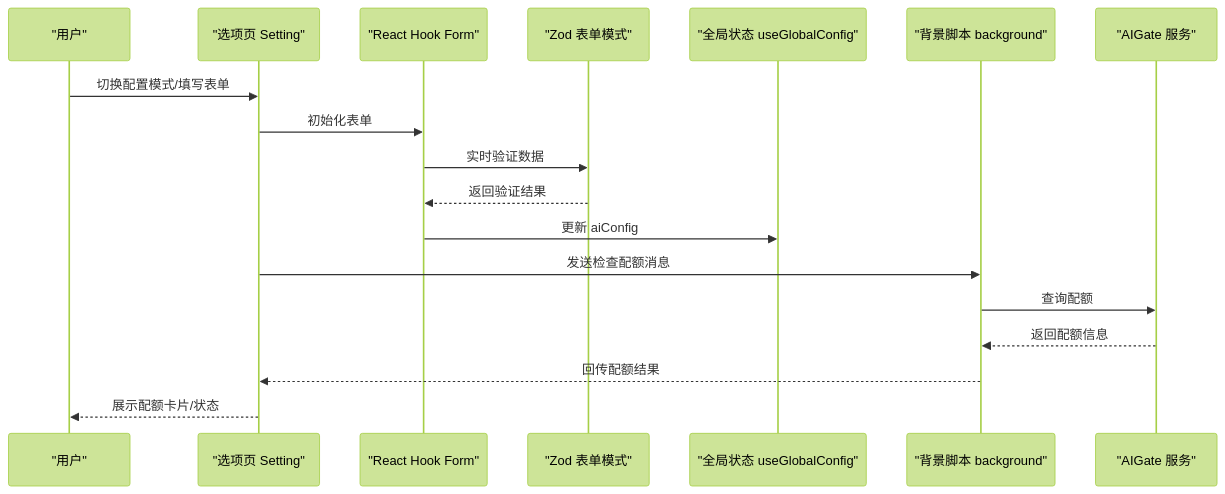
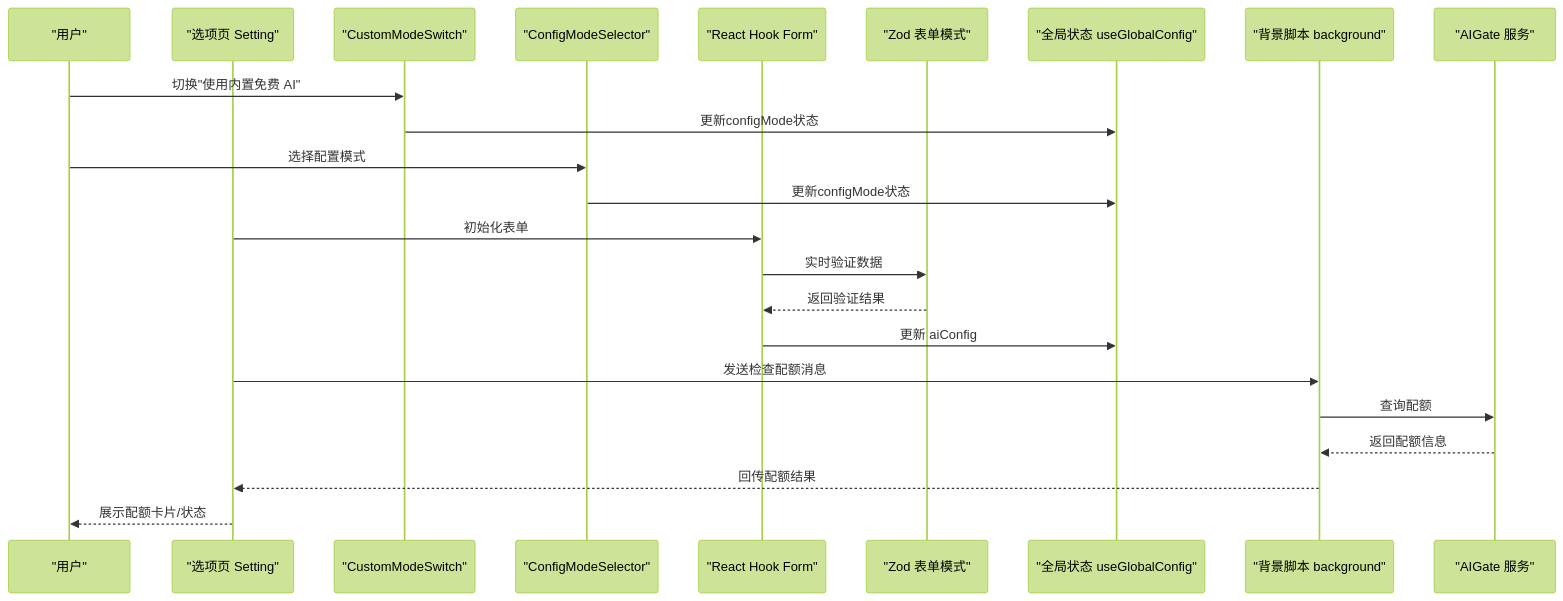
The second of 8 diagrams in .qoder/repowiki/zh/content/核心功能模块/配置管理系统.md (RadiumAg/bilibili-favorites), drawn with Mermaid (forest theme) before and after one commit. The commit also changed other lines of this file and 5 other files, not shown here.

````diff
--- a/.qoder/repowiki/zh/content/核心功能模块/配置管理系统.md
+++ b/.qoder/repowiki/zh/content/核心功能模块/配置管理系统.md
@@ -126,20 +133,25 @@
 ```mermaid
 sequenceDiagram
 participant User as "用户"
 participant Options as "选项页 Setting"
+participant CustomModeSwitch as "CustomModeSwitch"
+participant ConfigMode as "ConfigModeSelector"
 participant Form as "React Hook Form"
 participant Schema as "Zod 表单模式"
 participant Store as "全局状态 useGlobalConfig"
 participant BG as "背景脚本 background"
 participant AIGate as "AIGate 服务"
-User->>Options : 切换配置模式/填写表单
+User->>CustomModeSwitch : 切换"使用内置免费 AI"
+CustomModeSwitch->>Store : 更新configMode状态
+User->>ConfigMode : 选择配置模式
+ConfigMode->>Store : 更新configMode状态
 Options->>Form : 初始化表单
 Form->>Schema : 实时验证数据
 Schema-->>Form : 返回验证结果
 Form->>Store : 更新 aiConfig
 Options->>BG : 发送检查配额消息
 BG->>AIGate : 查询配额
 AIGate-->>BG : 返回配额信息
 BG-->>Options : 回传配额结果
 Options-->>User : 展示配额卡片/状态
 ```
````
